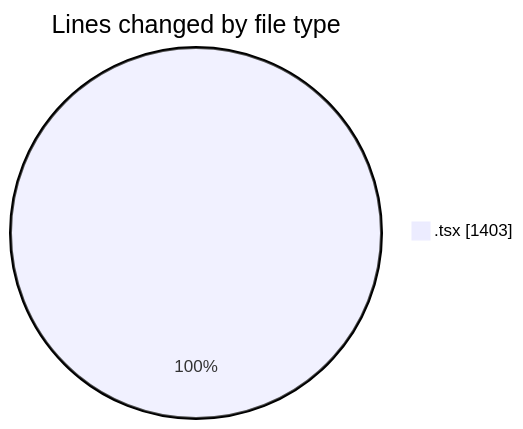
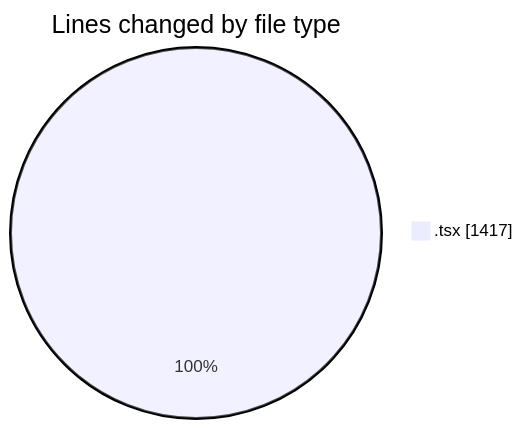
Before and after one commit to nxtqubesakshisongat/code-tracking: the first of 2 diagrams in 2026-02-10/nxtqube_webapp/README.md, drawn with Mermaid. The commit also changed other lines of this file and 1 other file, not shown here.

````diff
--- a/2026-02-10/nxtqube_webapp/README.md
+++ b/2026-02-10/nxtqube_webapp/README.md
@@ -21,5 +21,5 @@
 ```mermaid
 pie showData
 title Lines changed by file type
-".tsx" : 1403
+".tsx" : 1417
 ```
````
